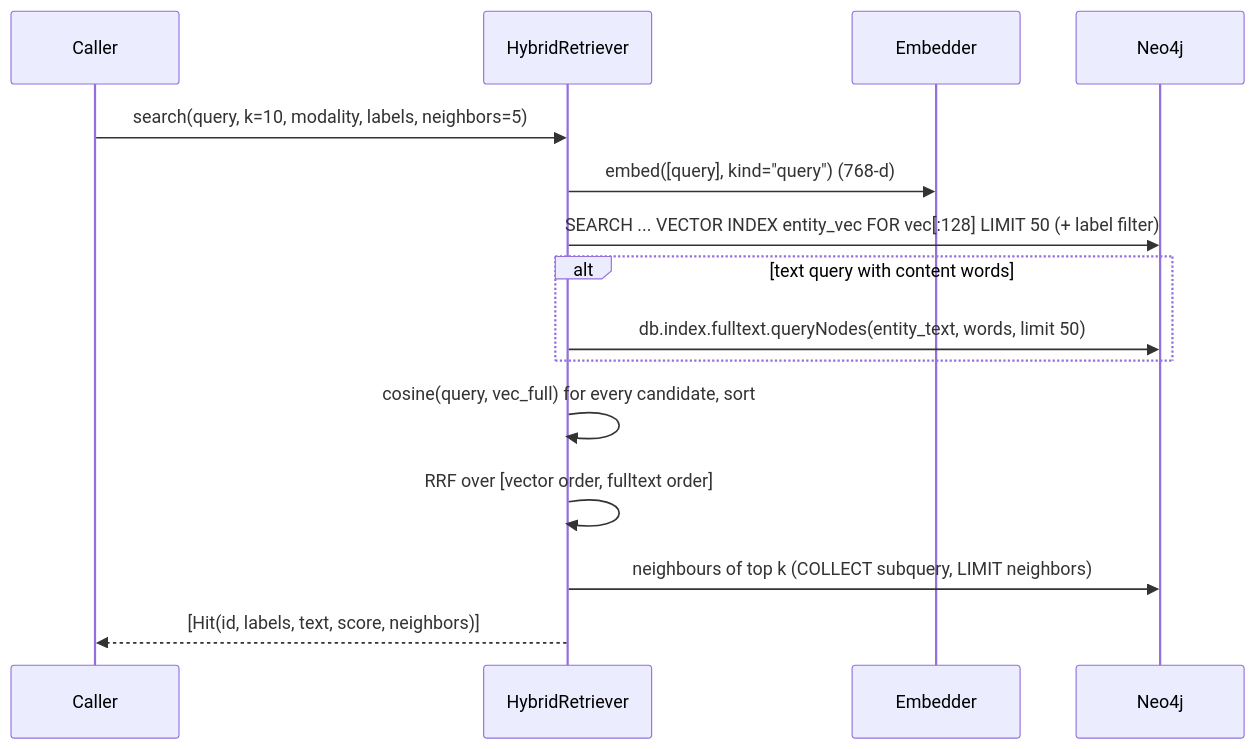
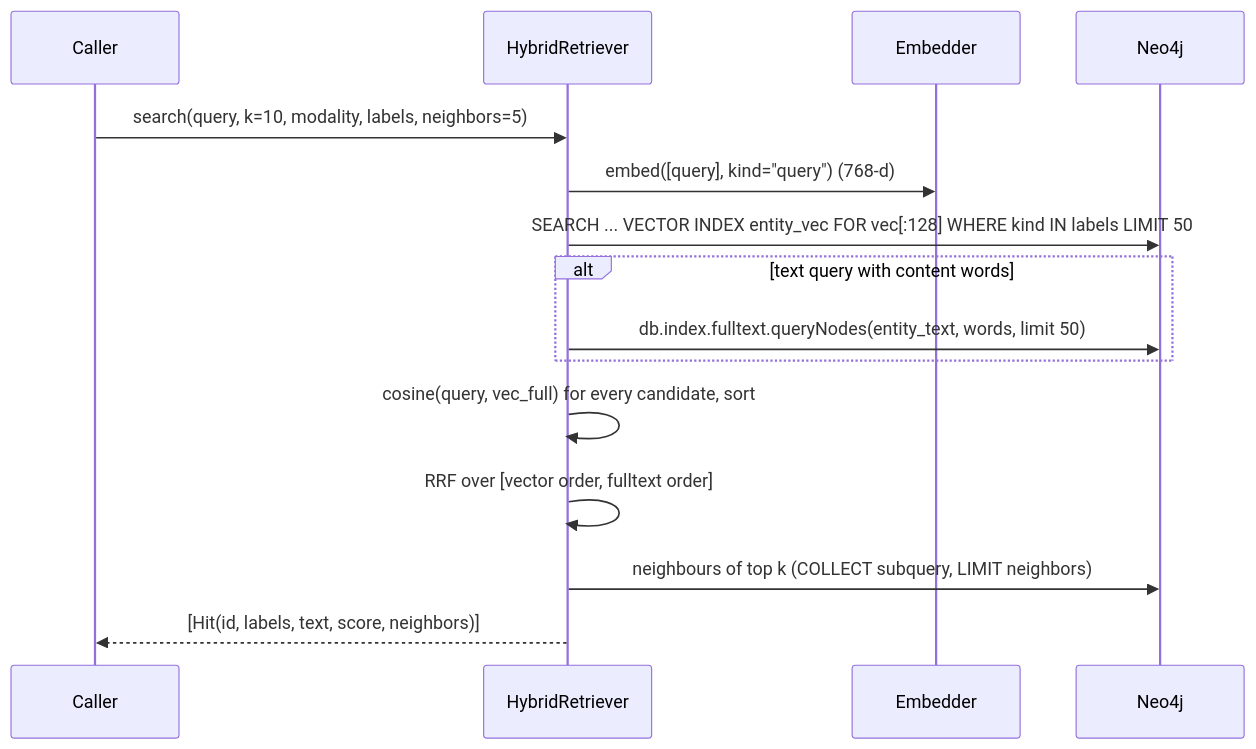
The second of 3 diagrams in docs/design.md (teamworxAI/campus-ai), drawn with Mermaid before and after one commit. The commit also changed other lines of this file and 2 other files, not shown here.

First line of the commit message:
Update docs for in-index label filtering and the narrower pilot query

````diff
--- a/docs/design.md
+++ b/docs/design.md
@@ -100,17 +100,17 @@
 ```mermaid
 sequenceDiagram
     participant C as Caller
     participant R as HybridRetriever
     participant E as Embedder
     participant N as Neo4j
     C->>R: search(query, k=10, modality, labels, neighbors=5)
     R->>E: embed([query], kind="query")  (768-d)
-    R->>N: SEARCH ... VECTOR INDEX entity_vec FOR vec[:128] LIMIT 50 (+ label filter)
+    R->>N: SEARCH ... VECTOR INDEX entity_vec FOR vec[:128] WHERE kind IN labels LIMIT 50
     alt text query with content words
         R->>N: db.index.fulltext.queryNodes(entity_text, words, limit 50)
     end
     R->>R: cosine(query, vec_full) for every candidate, sort
     R->>R: RRF over [vector order, fulltext order]
     R->>N: neighbours of top k (COLLECT subquery, LIMIT neighbors)
     R-->>C: [Hit(id, labels, text, score, neighbors)]
 ```
````
